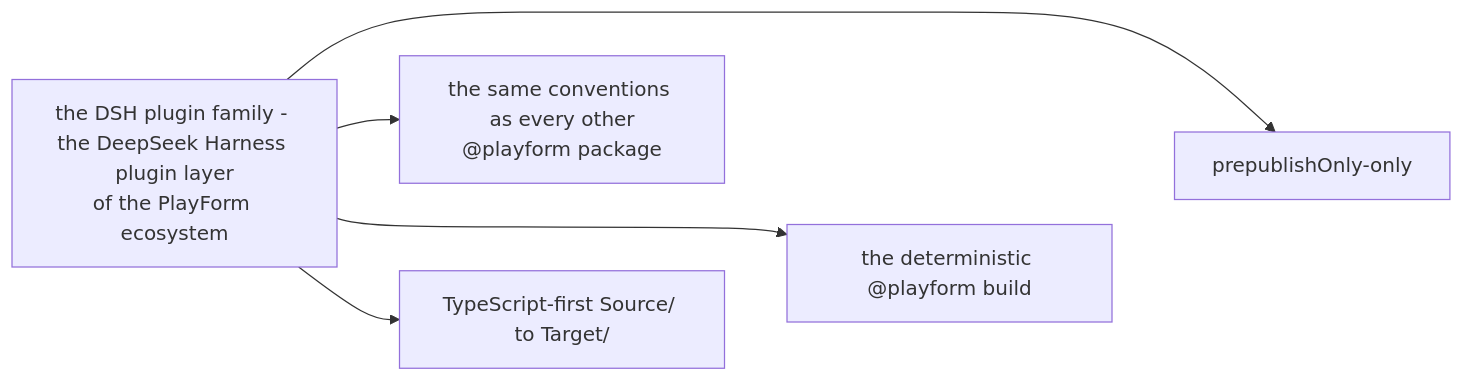
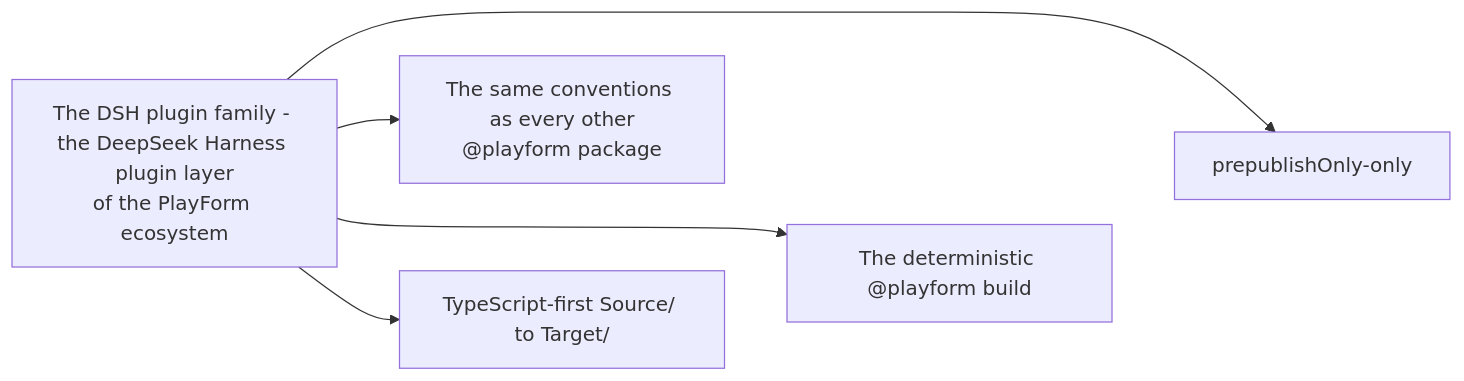
One commit to PlayForm/Site-DeepSeek changed the diagram in Source/Content/Mermaid/factory-conventions.mmd. Above: the diagram before and after it, drawn with Mermaid. The commit also changed 341 other files, not shown here.

```diff
--- a/Source/Content/Mermaid/factory-conventions.mmd
+++ b/Source/Content/Mermaid/factory-conventions.mmd
@@ -1,12 +1,12 @@
 flowchart LR
-	FAMILY["the DSH plugin family - the DeepSeek Harness plugin layer<br/>of the PlayForm ecosystem"]
+	FAMILY["The DSH plugin family - the DeepSeek Harness plugin layer<br/>of the PlayForm ecosystem"]
 	T1["TypeScript-first Source/ to Target/"]
-	T2["the deterministic @playform build"]
+	T2["The deterministic @playform build"]
 	T3["prepublishOnly-only"]
-	SAME["the same conventions as every other<br/>@playform package"]
+	SAME["The same conventions as every other<br/>@playform package"]
 	FAMILY --> T1
 	FAMILY --> T2
 	FAMILY --> T3
 	FAMILY --> SAME
 	T1 ~~~ T2
 	T2 ~~~ T3
```
